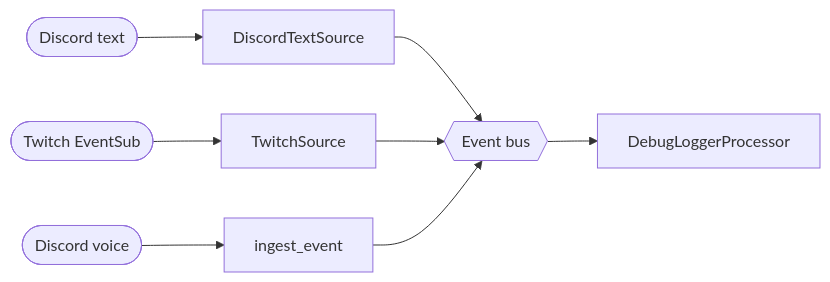
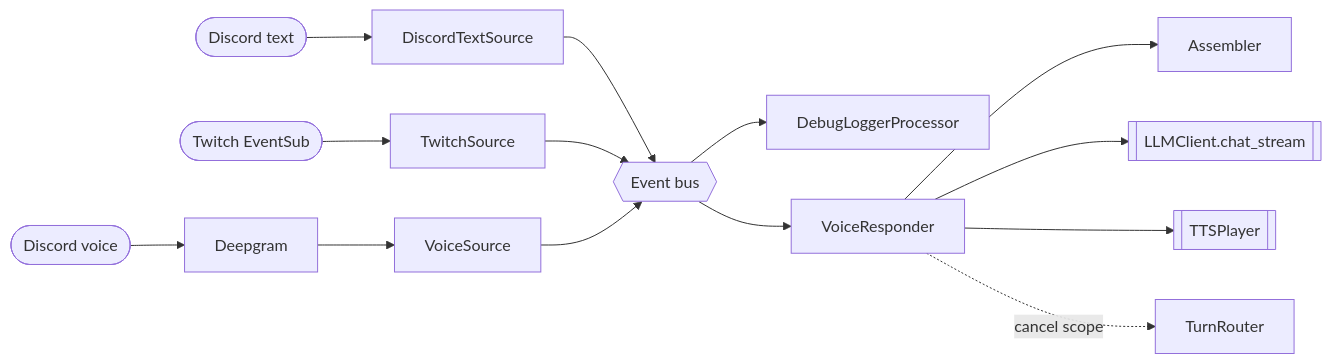
One commit to CorVous/Familiar-Connect changed the diagram in docs/architecture/overview.md. Above: the diagram before and after it, drawn with Mermaid. The commit also changed other lines of this file and 21 other files, not shown here.

````diff
--- a/docs/architecture/overview.md
+++ b/docs/architecture/overview.md
@@ -9,12 +11,20 @@
 ```mermaid
 flowchart LR
     dt([Discord text])     --> dts[DiscordTextSource]
-    dv([Discord voice])    --> ing[ingest_event]
+    dv([Discord voice])    --> deepg[Deepgram]
     tw([Twitch EventSub])  --> tws[TwitchSource]
+
+    deepg --> vs[VoiceSource]
 
     dts --> bus{{Event bus}}
     tws --> bus
-    ing --> bus
+    vs --> bus
 
     bus --> dbg[DebugLoggerProcessor]
+    bus --> vr[VoiceResponder]
+
+    vr --> asm[Assembler]
+    vr --> llm[[LLMClient.chat_stream]]
+    vr --> tts[[TTSPlayer]]
+    vr -.cancel scope.-> rr[TurnRouter]
 ```
````
